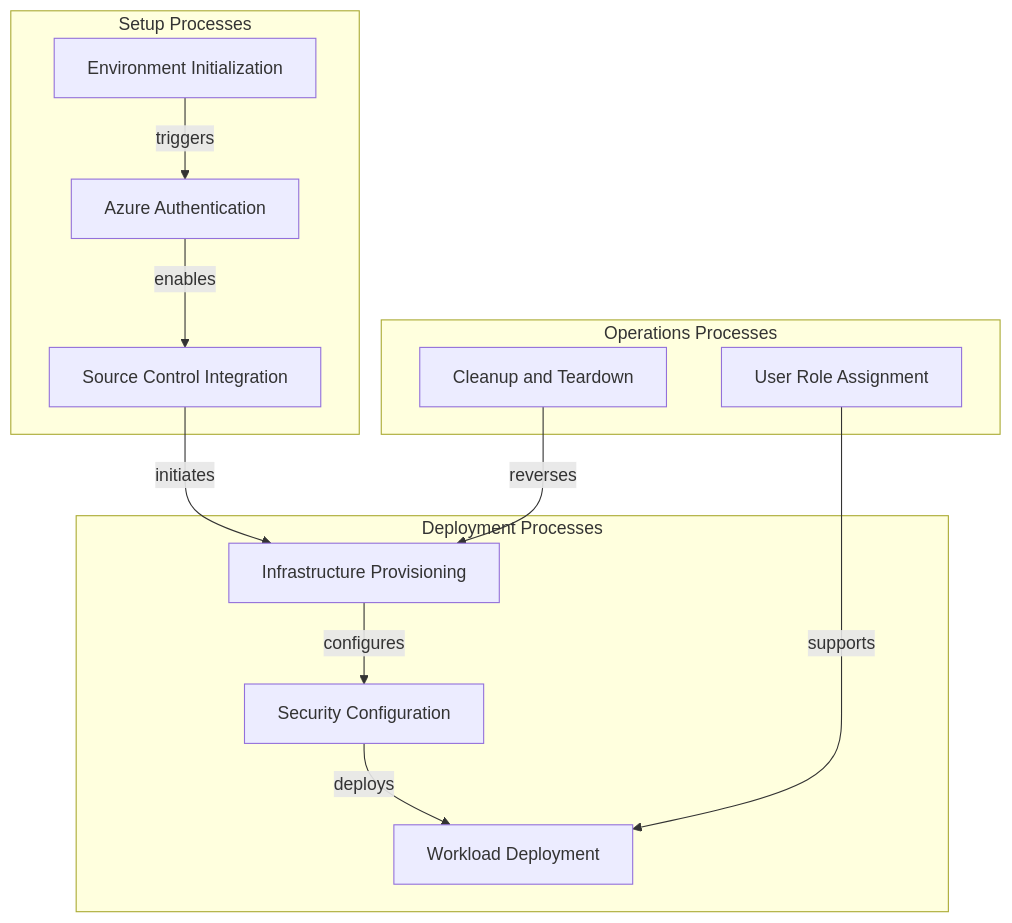
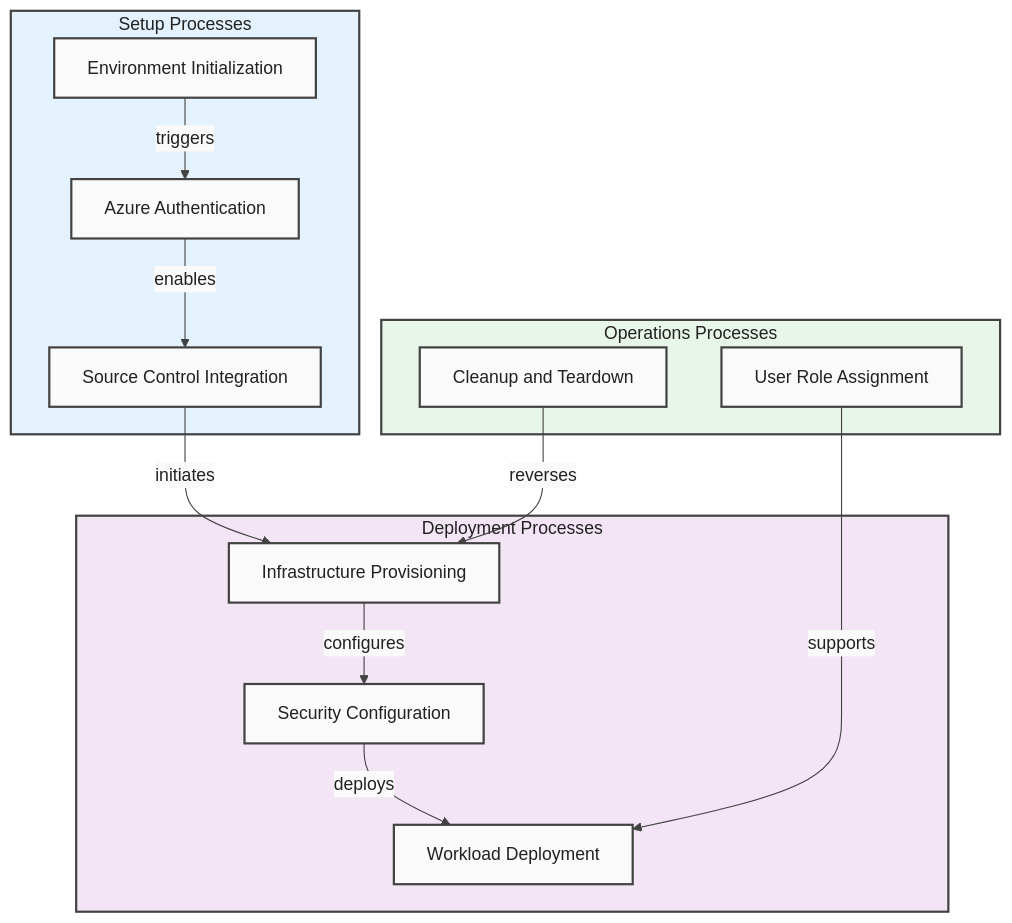
One commit to Evilazaro/DevExp-DevBox changed the third of 11 diagrams in docs/architecture/Business.md. Above: the diagram before and after it, drawn with Mermaid. The commit also changed other lines of this file, not shown here.

Commit message:
docs: enhance Business Architecture diagrams with improved structure and styling

````diff
--- a/docs/architecture/Business.md
+++ b/docs/architecture/Business.md
@@ -237,24 +265,38 @@
 ```mermaid
-graph TB
-    subgraph "Setup Processes"
+%%{init: {'theme': 'base', 'themeVariables': { 'primaryColor': '#FAFAFA', 'primaryBorderColor': '#424242', 'primaryTextColor': '#212121', 'lineColor': '#424242'}}}%%
+flowchart TB
+    %% Style Definitions
+    classDef default fill:#FAFAFA,stroke:#424242,stroke-width:2px,color:#212121
+    classDef level1 fill:#E3F2FD,stroke:#424242,stroke-width:2px,color:#212121
+    classDef level2 fill:#F3E5F5,stroke:#424242,stroke-width:2px,color:#212121
+    classDef level3 fill:#E8F5E9,stroke:#424242,stroke-width:2px,color:#212121
+
+    subgraph SETUP["Setup Processes"]
         P1["Environment Initialization"]
         P2["Azure Authentication"]
         P3["Source Control Integration"]
     end
-    subgraph "Deployment Processes"
+
+    subgraph DEPLOY["Deployment Processes"]
         P4["Infrastructure Provisioning"]
         P5["Security Configuration"]
         P6["Workload Deployment"]
     end
-    subgraph "Operations Processes"
+
+    subgraph OPS["Operations Processes"]
         P7["User Role Assignment"]
         P8["Cleanup and Teardown"]
     end
+
     P1 -->|"triggers"| P2
     P2 -->|"enables"| P3
     P3 -->|"initiates"| P4
     P4 -->|"configures"| P5
     P5 -->|"deploys"| P6
     P7 -->|"supports"| P6
     P8 -->|"reverses"| P4
+
+    class SETUP level1
+    class DEPLOY level2
+    class OPS level3
 ```
````
